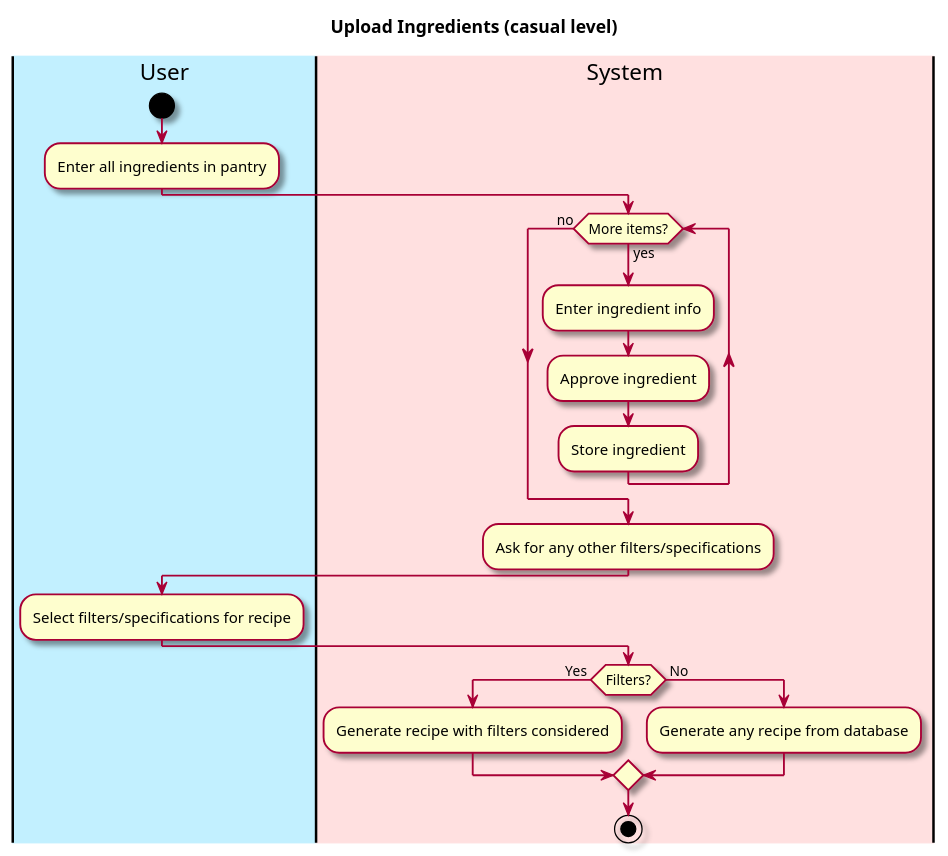
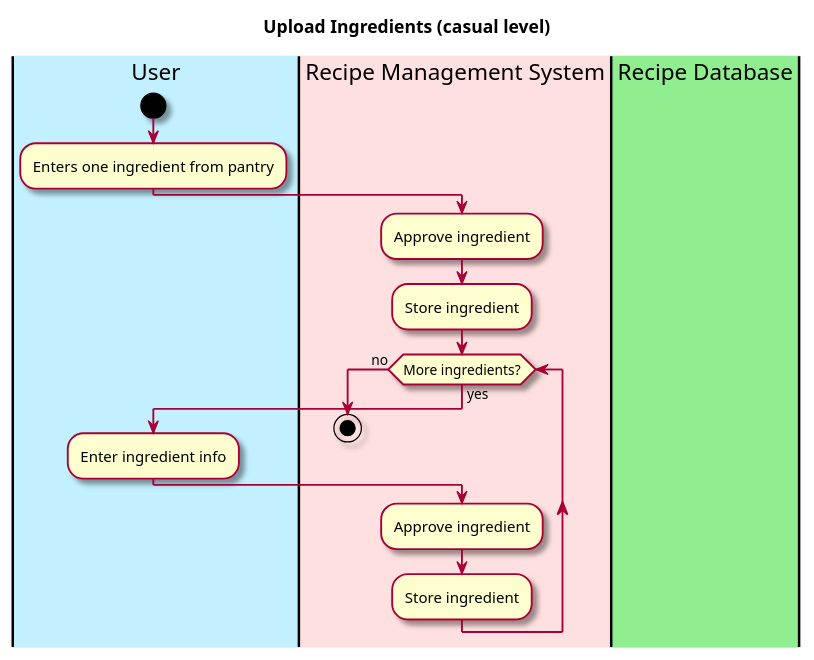
Before and after one commit to berthashipper/Pantry-Pal-Android-Application: the diagram in intellij/doc/use-cases/upload_ingredients.md, drawn with PlantUML. The commit also changed other lines of this file, not shown here.

Commit message:
Completed upload_ingredients use case in casual level detail

````diff
--- a/intellij/doc/use-cases/upload_ingredients.md
+++ b/intellij/doc/use-cases/upload_ingredients.md
@@ -26,39 +28,31 @@
 ```plantuml
 @startuml
 
 skin rose
 
 title Upload Ingredients (casual level)
 
 'define the lanes
 |#application|User|
-|#implementation|System|
+|#implementation|Recipe Management System|
+|#lightgreen|Recipe Database|
 
 |User|
 start
-:Enter all ingredients in pantry;
+:Enters one ingredient from pantry;
 
-|System|
-while (More items?) is (yes)
+|Recipe Management System|
+:Approve ingredient;
+:Store ingredient;
+while (More ingredients?) is (yes)
+   |User|
   :Enter ingredient info;
-  |System|
+  |Recipe Management System|
   :Approve ingredient;
   :Store ingredient;
 endwhile (no)
 
 
-:Ask for any other filters/specifications;
-
-|User|
-:Select filters/specifications for recipe;
-
-|System|
-if (Filters?) is  ( Yes ) then
-:Generate recipe with filters considered;
-else ( No ) 
-:Generate any recipe from database;
-endif
-
 stop
 @enduml
 ```
````
